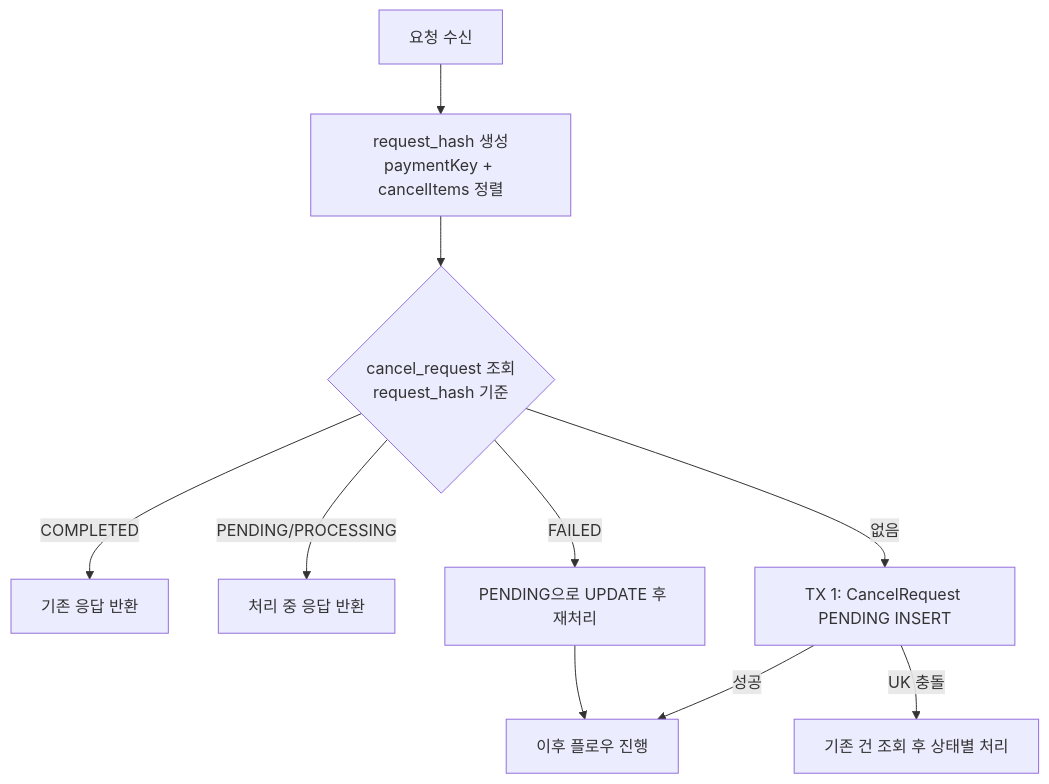
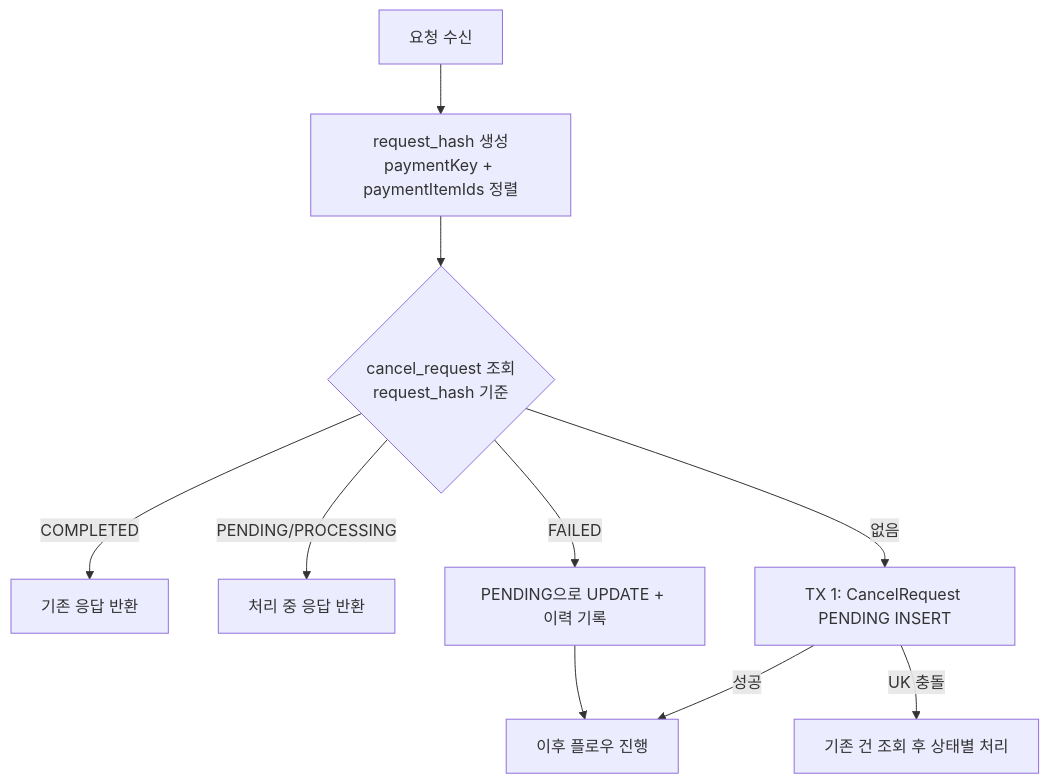
Before and after one commit to lsc713/docswithmulti: the fifth of 6 diagrams in sysdesign/design-review.md, drawn with Mermaid. The commit also changed other lines of this file and 2 other files, not shown here.

First line of the commit message:
docs: 취소 스케줄러 재처리 및 보상 로직 문서 업데이트

````diff
--- a/sysdesign/design-review.md
+++ b/sysdesign/design-review.md
@@ -578,12 +591,12 @@
 ```mermaid
 flowchart TD
-  A[요청 수신] --> B[request_hash 생성\npaymentKey + cancelItems 정렬]
+  A[요청 수신] --> B[request_hash 생성\npaymentKey + paymentItemIds 정렬]
   B --> C{cancel_request 조회\nrequest_hash 기준}
   C -->|COMPLETED| D[기존 응답 반환]
   C -->|PENDING/PROCESSING| E[처리 중 응답 반환]
-  C -->|FAILED| F[PENDING으로 UPDATE 후 재처리]
+  C -->|FAILED| F[PENDING으로 UPDATE + 이력 기록]
   C -->|없음| G[TX 1: CancelRequest PENDING INSERT]
   F --> H[이후 플로우 진행]
   G -->|UK 충돌| I[기존 건 조회 후 상태별 처리]
   G -->|성공| H
 ```
````
